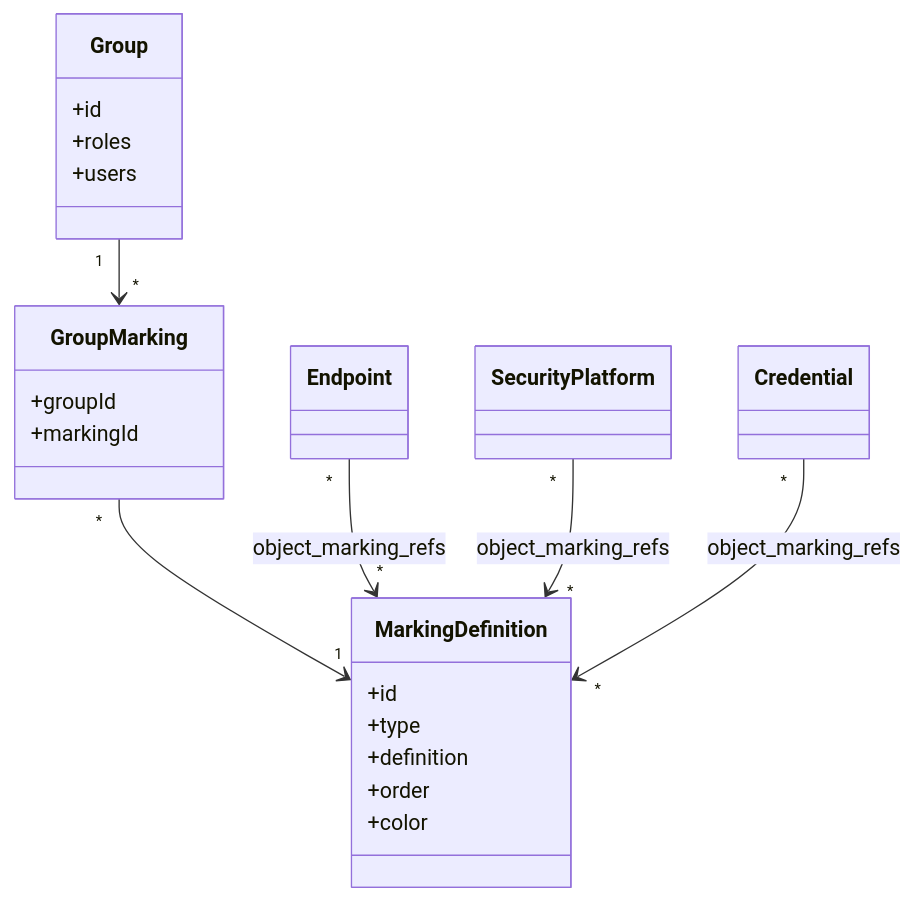
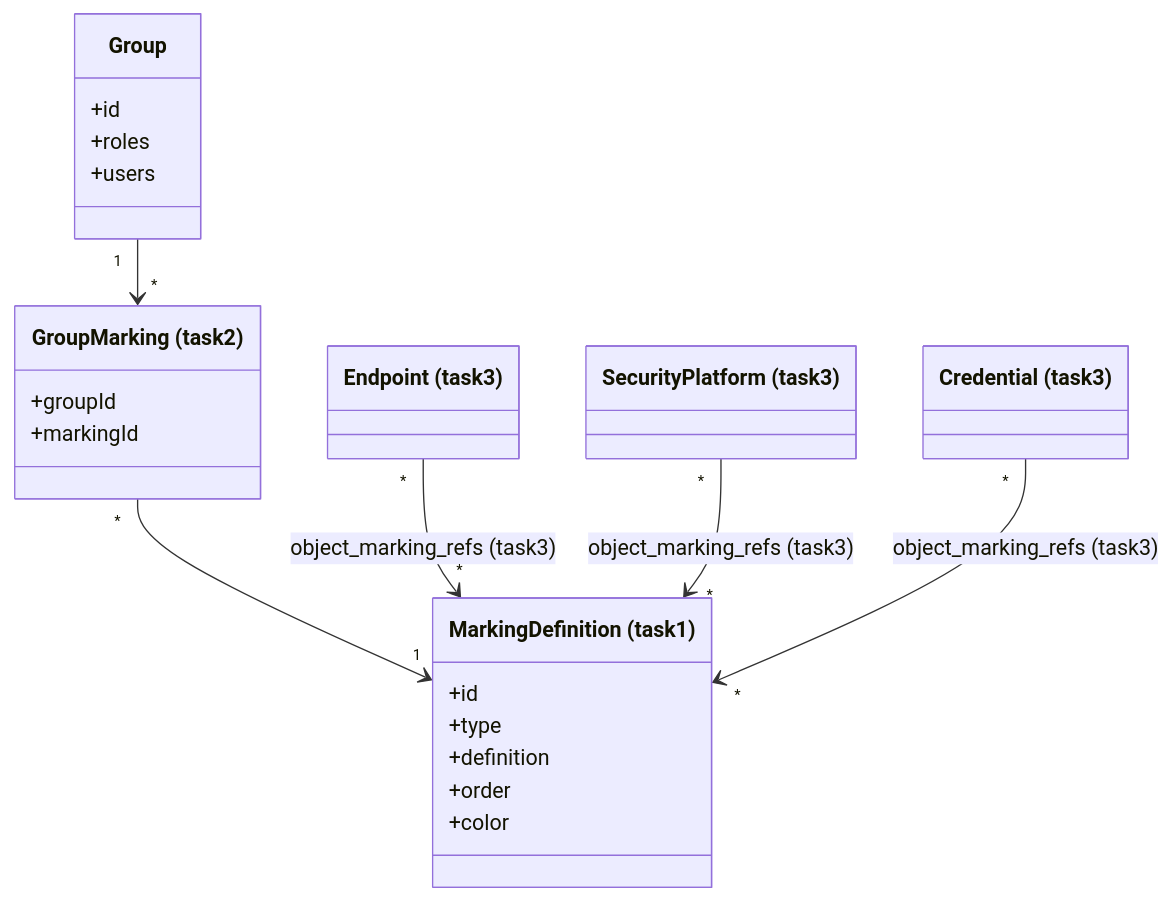
One commit to OpenAEV-Platform/openaev changed the first of 5 diagrams in brainstorming/marking/tech-design.md. Above: the diagram before and after it, drawn with Mermaid. The commit also changed other lines of this file and 1 other file, not shown here.

````diff
--- a/brainstorming/marking/tech-design.md
+++ b/brainstorming/marking/tech-design.md
@@ -89,28 +89,28 @@
 ```mermaid
 classDiagram
-    class MarkingDefinition {
+    class MarkingDefinition["MarkingDefinition (task1)"] {
       +id
       +type
       +definition
       +order
       +color
     }
     class Group {
       +id
       +roles
       +users
     }
-    class GroupMarking {
+    class GroupMarking["GroupMarking (task2)"] {
       +groupId
       +markingId
     }
-    class Endpoint
-    class SecurityPlatform
-    class Credential
+    class Endpoint["Endpoint (task3)"]
+    class SecurityPlatform["SecurityPlatform (task3)"]
+    class Credential["Credential (task3)"]
 
     Group "1" --> "*" GroupMarking
     GroupMarking "*" --> "1" MarkingDefinition
-    Endpoint "*" --> "*" MarkingDefinition : object_marking_refs
-    SecurityPlatform "*" --> "*" MarkingDefinition : object_marking_refs
-    Credential "*" --> "*" MarkingDefinition : object_marking_refs
+    Endpoint "*" --> "*" MarkingDefinition : object_marking_refs (task3)
+    SecurityPlatform "*" --> "*" MarkingDefinition : object_marking_refs (task3)
+    Credential "*" --> "*" MarkingDefinition : object_marking_refs (task3)
 ```
````
